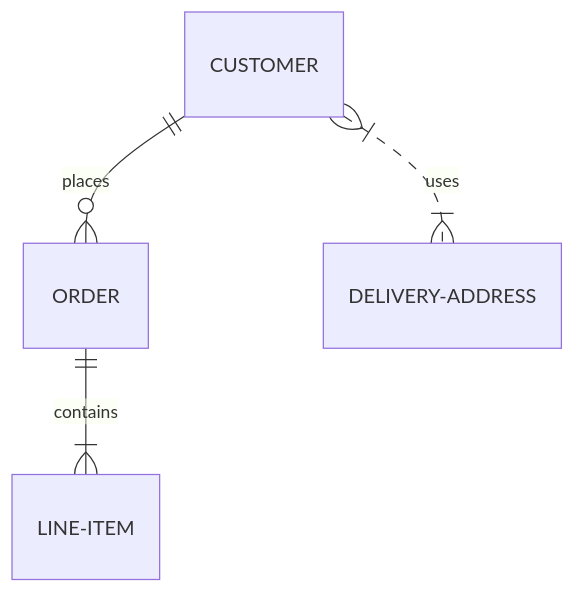
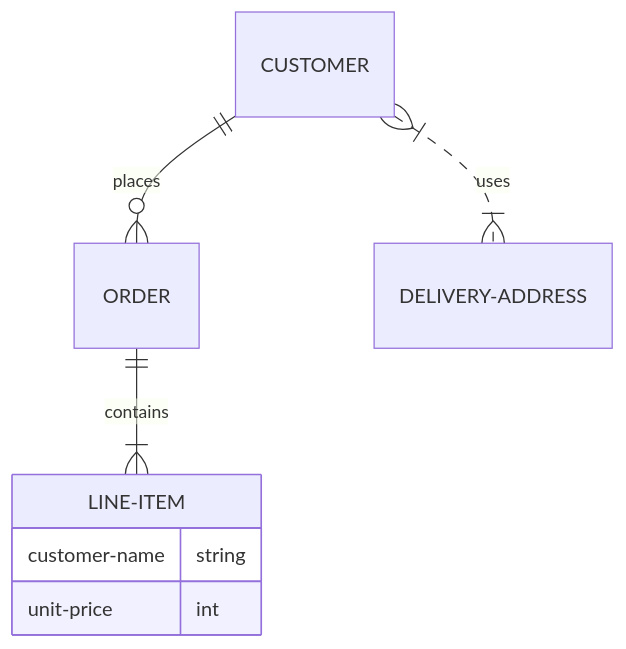
One commit to practicalli/clojure-web-services changed the fourth of 4 diagrams in docs/introduction/writing-tips.md. Above: the diagram before and after it, drawn with Mermaid. The commit also changed other lines of this file and 2 other files, not shown here.

````diff
--- a/docs/introduction/writing-tips.md
+++ b/docs/introduction/writing-tips.md
@@ -383,6 +364,10 @@
 ``` mermaid
 erDiagram
   CUSTOMER ||--o{ ORDER : places
   ORDER ||--|{ LINE-ITEM : contains
+  LINE-ITEM {
+    customer-name string
+    unit-price int
+  }
   CUSTOMER }|..|{ DELIVERY-ADDRESS : uses
 ```
````
